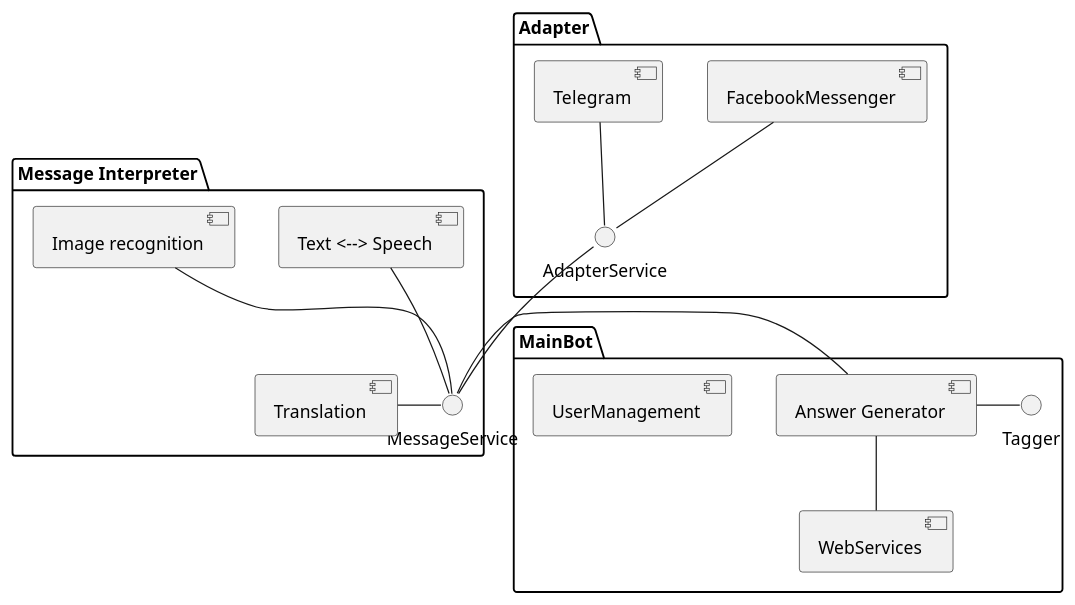
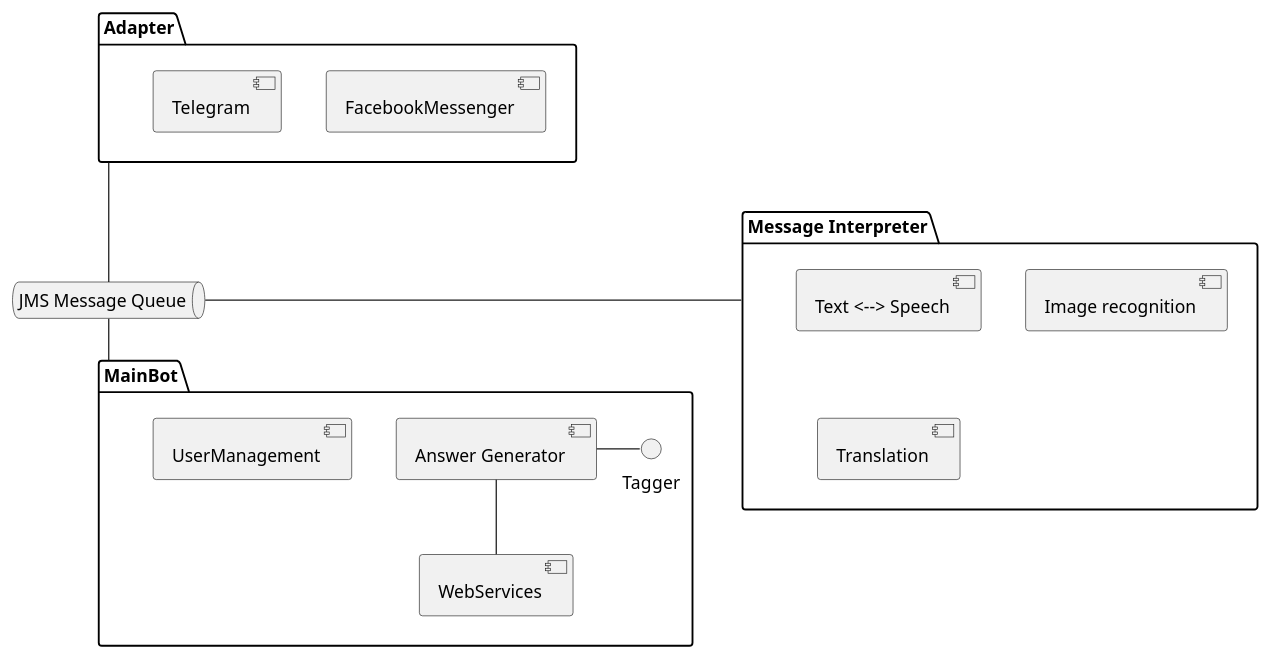
Before and after one commit to GeParkinson/bht-chatbot: the diagram in src/main/plantuml/architecture.puml, drawn with PlantUML. The commit also changed 7 other files, not shown here.

```diff
--- a/src/main/plantuml/architecture.puml
+++ b/src/main/plantuml/architecture.puml
@@ -1,23 +1,27 @@
 @startuml
 
-package "Adapter" {
-[FacebookMessenger] -- AdapterService
-[Telegram] -- AdapterService
+package stage1 as "Adapter" {
+[FacebookMessenger]
+[Telegram]
 }
 
-package "Message Interpreter" {
-   [Text <--> Speech] -- MessageService
-   [Image recognition] -- MessageService
-   AdapterService -- MessageService
-   [Translation] - MessageService
+package stage2 as "Message Interpreter" {
+   [Text <--> Speech]
+   [Image recognition]
+   [Translation]
    [Translation]
 }
 
-package "MainBot" {
+package stage3 as "MainBot" {
 [UserManagement]
-MessageService - [Answer Generator]
 [Answer Generator] - Tagger
 [Answer Generator] -- [WebServices]
 }
 
+queue queue as "JMS Message Queue"
+
+queue -up- stage1
+queue -left- stage2
+queue -down- stage3
+
 @enduml
```
